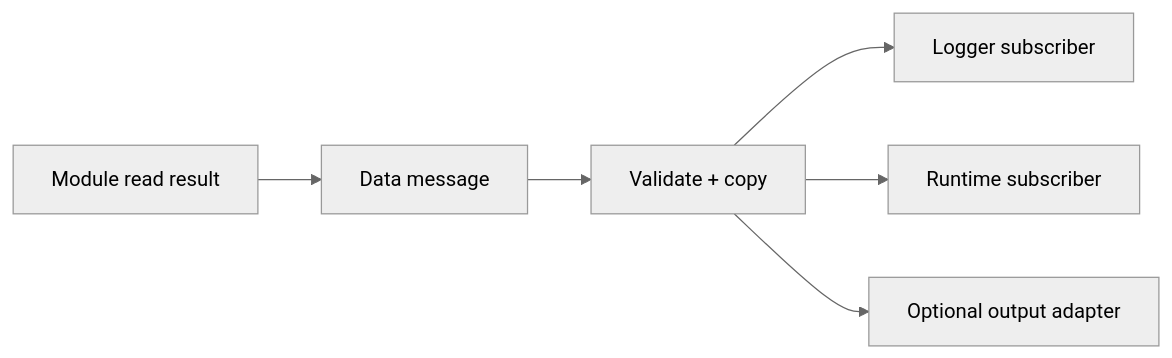
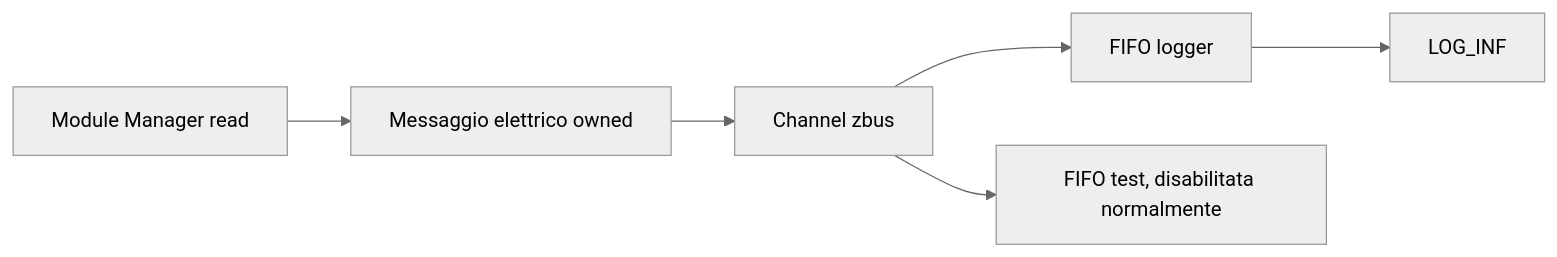
Before and after one commit to andreapiccini/SpaghettiLAB: the diagram in Firmware/core/subsys/data/README.md, drawn with Mermaid (neutral theme). The commit also changed other lines of this file and 15 other files, not shown here.

````diff
--- a/Firmware/core/subsys/data/README.md
+++ b/Firmware/core/subsys/data/README.md
@@ -112,8 +81,8 @@
 ```mermaid
 flowchart LR
-    PRODUCER["Module read result"] --> NORMALIZE["Data message"]
-    NORMALIZE --> VALIDATE["Validate + copy"]
-    VALIDATE --> LOGGER["Logger subscriber"]
-    VALIDATE --> RUNTIME["Runtime subscriber"]
-    VALIDATE --> ADAPTER["Optional output adapter"]
+    READ["Module Manager read"] --> MESSAGE["Messaggio elettrico owned"]
+    MESSAGE --> CHANNEL["Channel zbus"]
+    CHANNEL --> LOGGER["FIFO logger"]
+    CHANNEL --> TEST["FIFO test, disabilitata normalmente"]
+    LOGGER --> LOG["LOG_INF"]
 ```
````
